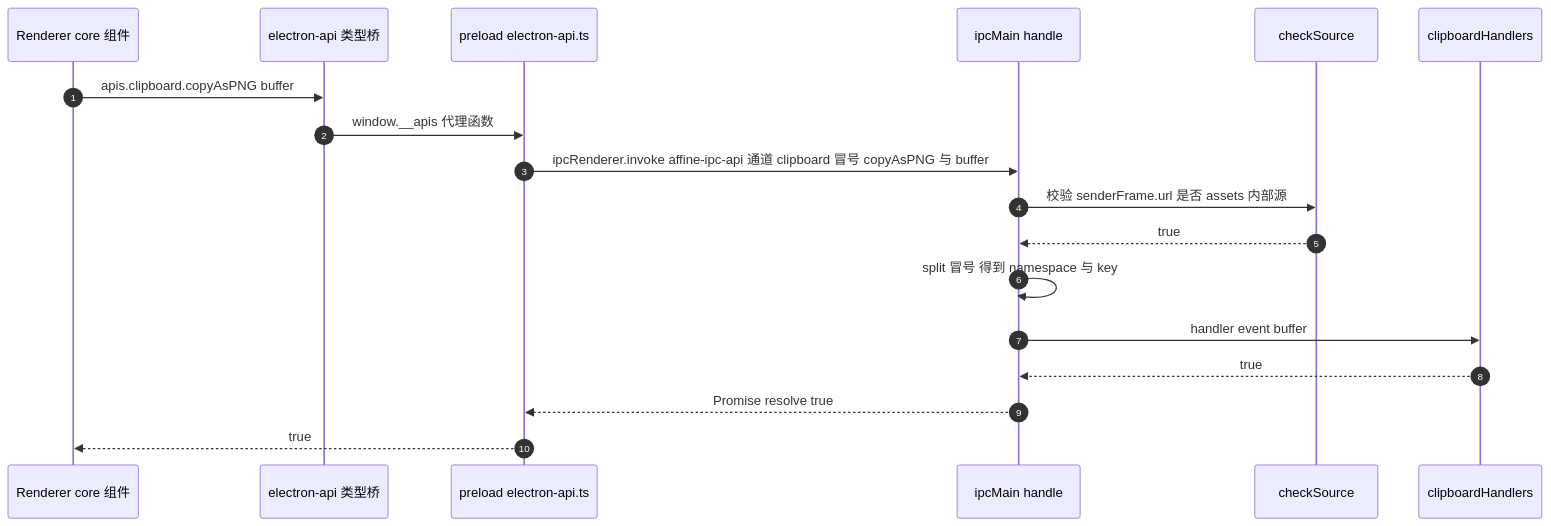
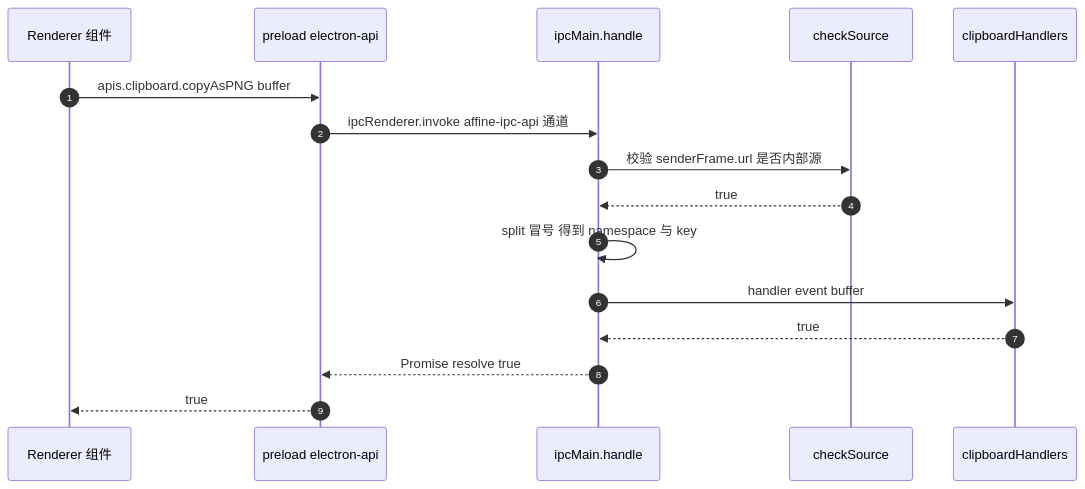
The third of 6 diagrams in learning-guide/slides/decks/20.md (lfire/AFFiNE), drawn with Mermaid before and after one commit. The commit also changed other lines of this file and 46 other files, not shown here.

````diff
--- a/learning-guide/slides/decks/20.md
+++ b/learning-guide/slides/decks/20.md
@@ -255,20 +207,18 @@
 ```mermaid
 sequenceDiagram
   autonumber
-  participant UI as Renderer core 组件
-  participant API as electron-api 类型桥
-  participant PL as preload electron-api.ts
-  participant IPC as ipcMain handle
+  participant UI as Renderer 组件
+  participant PL as preload electron-api
+  participant IPC as ipcMain.handle
   participant SR as checkSource
   participant H as clipboardHandlers
-  UI->>API: apis.clipboard.copyAsPNG buffer
-  API->>PL: window.__apis 代理函数
-  PL->>IPC: ipcRenderer.invoke affine-ipc-api 通道 clipboard 冒号 copyAsPNG 与 buffer
-  IPC->>SR: 校验 senderFrame.url 是否 assets 内部源
+  UI->>PL: apis.clipboard.copyAsPNG buffer
+  PL->>IPC: ipcRenderer.invoke affine-ipc-api 通道
+  IPC->>SR: 校验 senderFrame.url 是否内部源
   SR-->>IPC: true
   IPC->>IPC: split 冒号 得到 namespace 与 key
   IPC->>H: handler event buffer
   H-->>IPC: true
   IPC-->>PL: Promise resolve true
   PL-->>UI: true
 ```
````
